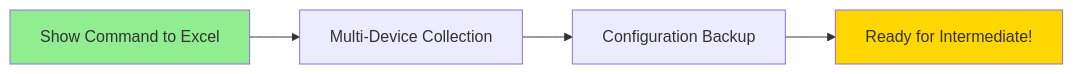
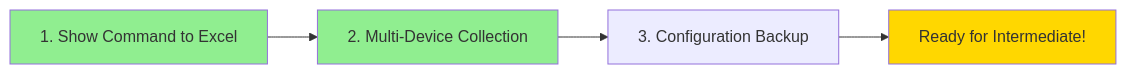
One commit to Nautomation-Prime/nautomation-prime.github.io changed the diagram in docs/tutorials/beginner/index.md. Above: the diagram before and after it, drawn with Mermaid. The commit also changed other lines of this file and 2 other files, not shown here.

````diff
--- a/docs/tutorials/beginner/index.md
+++ b/docs/tutorials/beginner/index.md
@@ -111,9 +123,10 @@
 ```mermaid
 graph LR
-    A[Show Command to Excel] --> B[Multi-Device Collection]
-    B --> C[Configuration Backup]
+    A[1. Show Command to Excel] --> B[2. Multi-Device Collection]
+    B --> C[3. Configuration Backup]
     C --> D[Ready for Intermediate!]
     
     style A fill:#90EE90
+    style B fill:#90EE90
     style D fill:#FFD700
 ```
````
